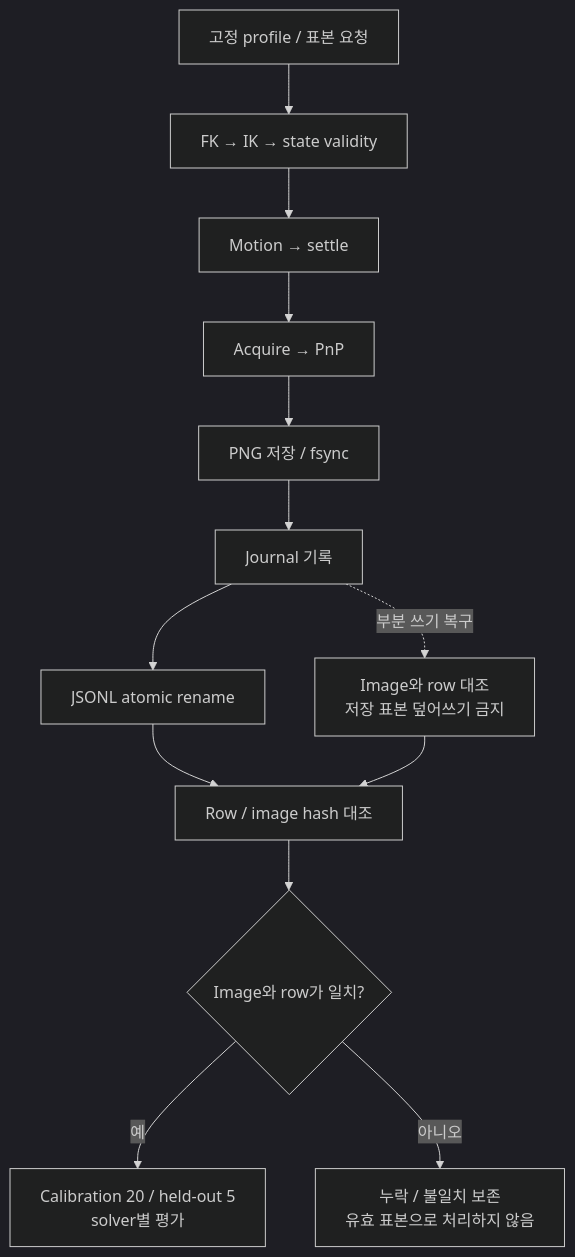
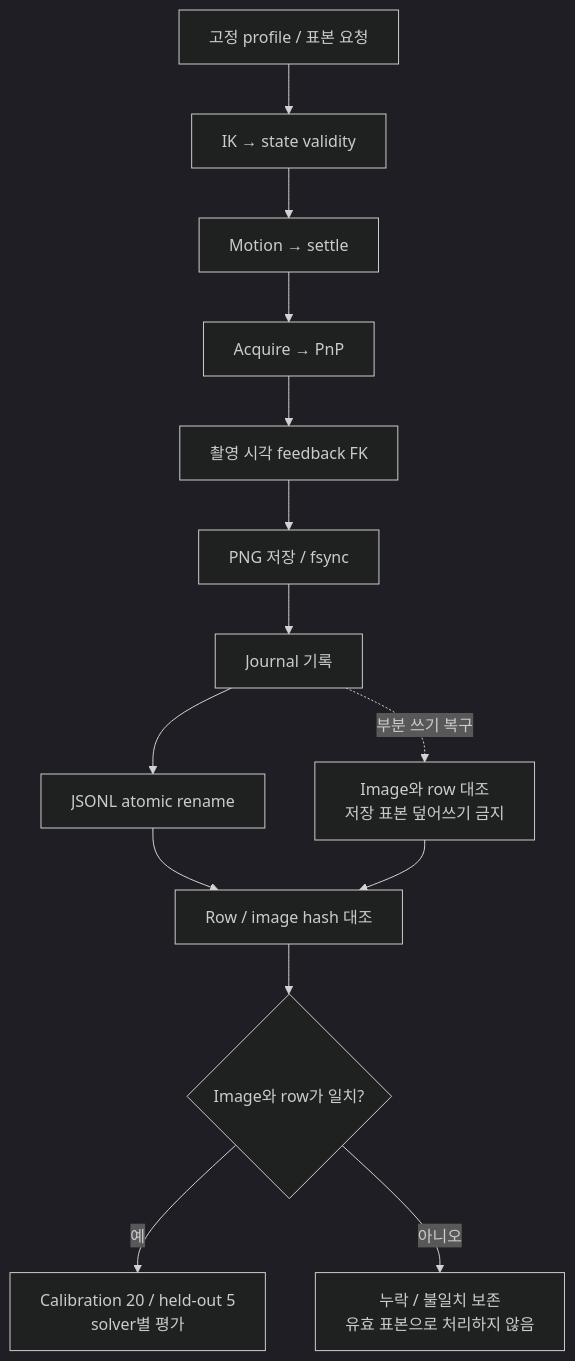
Before and after one commit to asm17-moving-agent/cleany: the second of 2 diagrams in ros2_ws/src/cleany_handeye_calibration/docs/frames-and-data.md, drawn with Mermaid (dark theme). The commit also changed other lines of this file and 74 other files, not shown here.

Commit message:
docs: restructure implementation references around diagrams and tables

````diff
--- a/ros2_ws/src/cleany_handeye_calibration/docs/frames-and-data.md
+++ b/ros2_ws/src/cleany_handeye_calibration/docs/frames-and-data.md
@@ -47,12 +47,12 @@
 ```mermaid
 flowchart TB
-    Request["고정 profile / 표본 요청"] --> FK["FK → IK → state validity"]
+    Request["고정 profile / 표본 요청"] --> FK["IK → state validity"]
     FK --> Motion["Motion → settle"] --> Acquire["Acquire → PnP"]
-    Acquire --> PNG["PNG 저장 / fsync"] --> Journal["Journal 기록"]
+    Acquire --> Feedback["촬영 시각 feedback FK"] --> PNG["PNG 저장 / fsync"] --> Journal["Journal 기록"]
     Journal --> JSONL["JSONL atomic rename"] --> Row["Row / image hash 대조"]
     Journal -. "부분 쓰기 복구" .-> Recover["Image와 row 대조<br/>저장 표본 덮어쓰기 금지"]
     Recover --> Row
     Row --> Valid{"Image와 row가 일치?"}
     Valid -->|"예"| Evaluate["Calibration 20 / held-out 5<br/>solver별 평가"]
     Valid -->|"아니오"| Fail["누락 / 불일치 보존<br/>유효 표본으로 처리하지 않음"]
 ```
````
